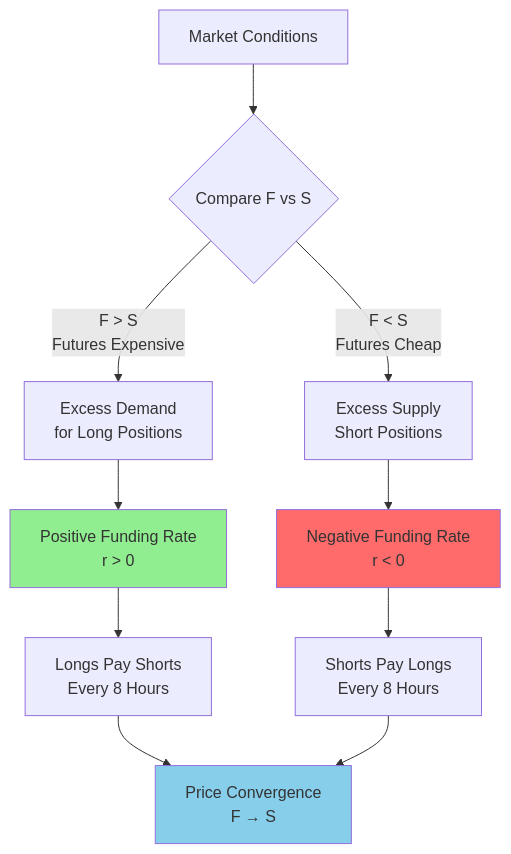
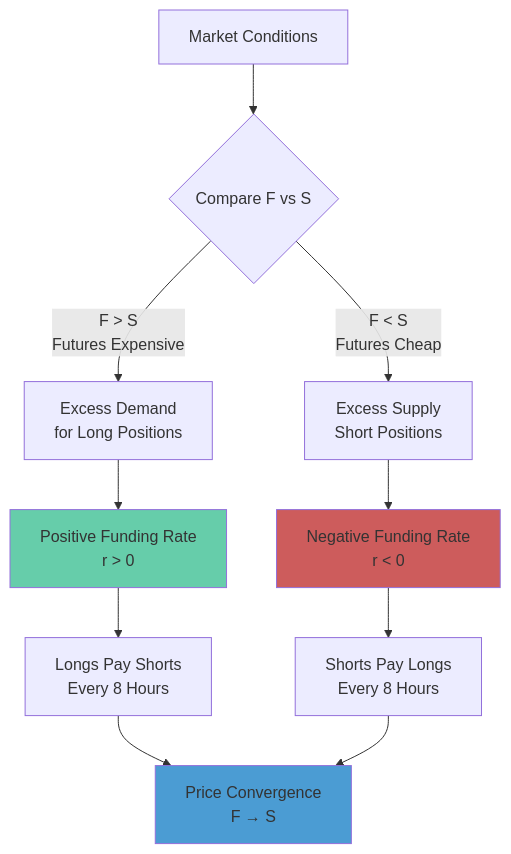
Before and after one commit to tripp-smith/benn_eifert_talks: the fifth of 8 diagrams in README.md, drawn with Mermaid. The commit also changed other lines of this file, not shown here.

````diff
--- a/README.md
+++ b/README.md
@@ -150,19 +152,19 @@
 ```mermaid
 graph TB
-    Market[Market Conditions] --> Check{Compare F vs S}
+    MarketConditions["Market Conditions"] --> ComparePrices{"Compare F vs S"}
     
-    Check -->|F > S<br/>Futures Expensive| HighDemand[Excess Demand<br/>for Long Positions]
-    HighDemand --> PositiveRate[Positive Funding Rate<br/>r > 0]
-    PositiveRate --> Payment1[Longs Pay Shorts<br/>Every 8 Hours]
+    ComparePrices -->|"F > S<br/>Futures Expensive"| ExcessDemand["Excess Demand<br/>for Long Positions"]
+    ExcessDemand --> PositiveFundingRate["Positive Funding Rate<br/>r > 0"]
+    PositiveFundingRate --> LongsPayShorts["Longs Pay Shorts<br/>Every 8 Hours"]
     
-    Check -->|F < S<br/>Futures Cheap| LowDemand[Excess Supply<br/>Short Positions]
-    LowDemand --> NegativeRate[Negative Funding Rate<br/>r < 0]
-    NegativeRate --> Payment2[Shorts Pay Longs<br/>Every 8 Hours]
+    ComparePrices -->|"F < S<br/>Futures Cheap"| ExcessSupply["Excess Supply<br/>Short Positions"]
+    ExcessSupply --> NegativeFundingRate["Negative Funding Rate<br/>r < 0"]
+    NegativeFundingRate --> ShortsPayLongs["Shorts Pay Longs<br/>Every 8 Hours"]
     
-    Payment1 --> Convergence[Price Convergence<br/>F → S]
-    Payment2 --> Convergence
+    LongsPayShorts --> PriceConvergence["Price Convergence<br/>F → S"]
+    ShortsPayLongs --> PriceConvergence
     
-    style PositiveRate fill:#90ee90
-    style NegativeRate fill:#ff6b6b
-    style Convergence fill:#87ceeb
+    style PositiveFundingRate fill:#66CDAA
+    style NegativeFundingRate fill:#CD5C5C
+    style PriceConvergence fill:#4B9CD3
 ```
````
